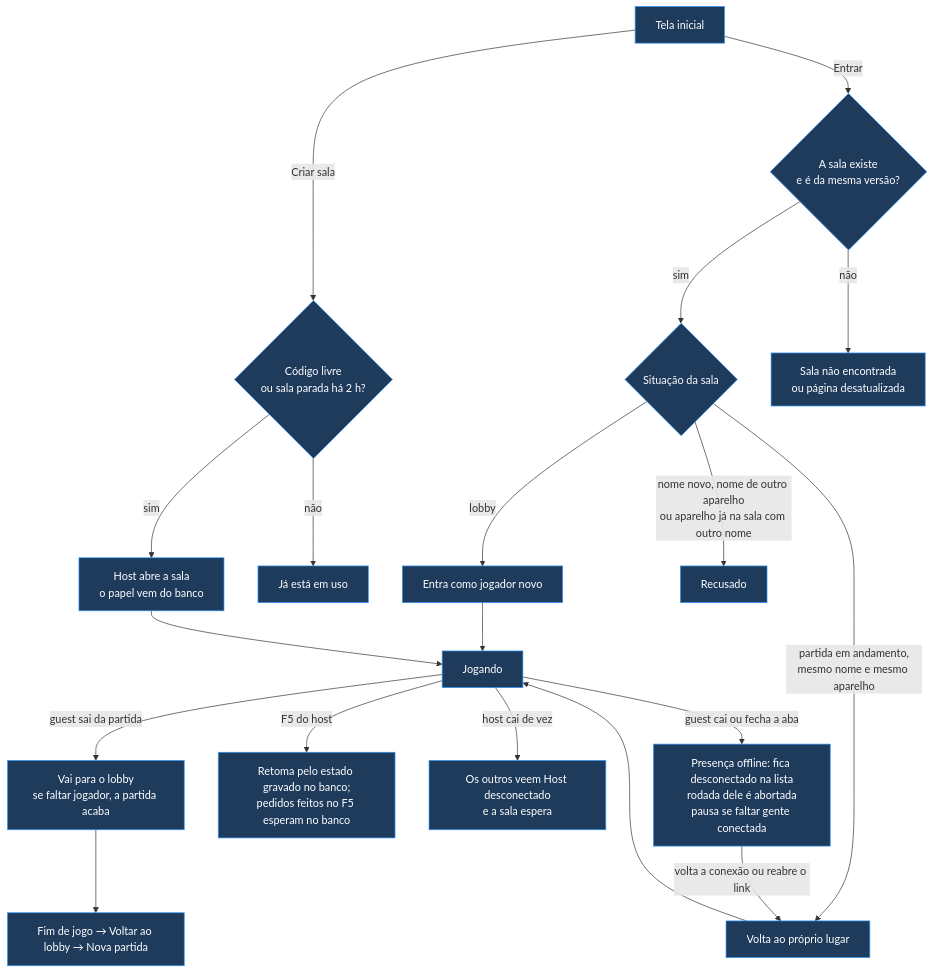
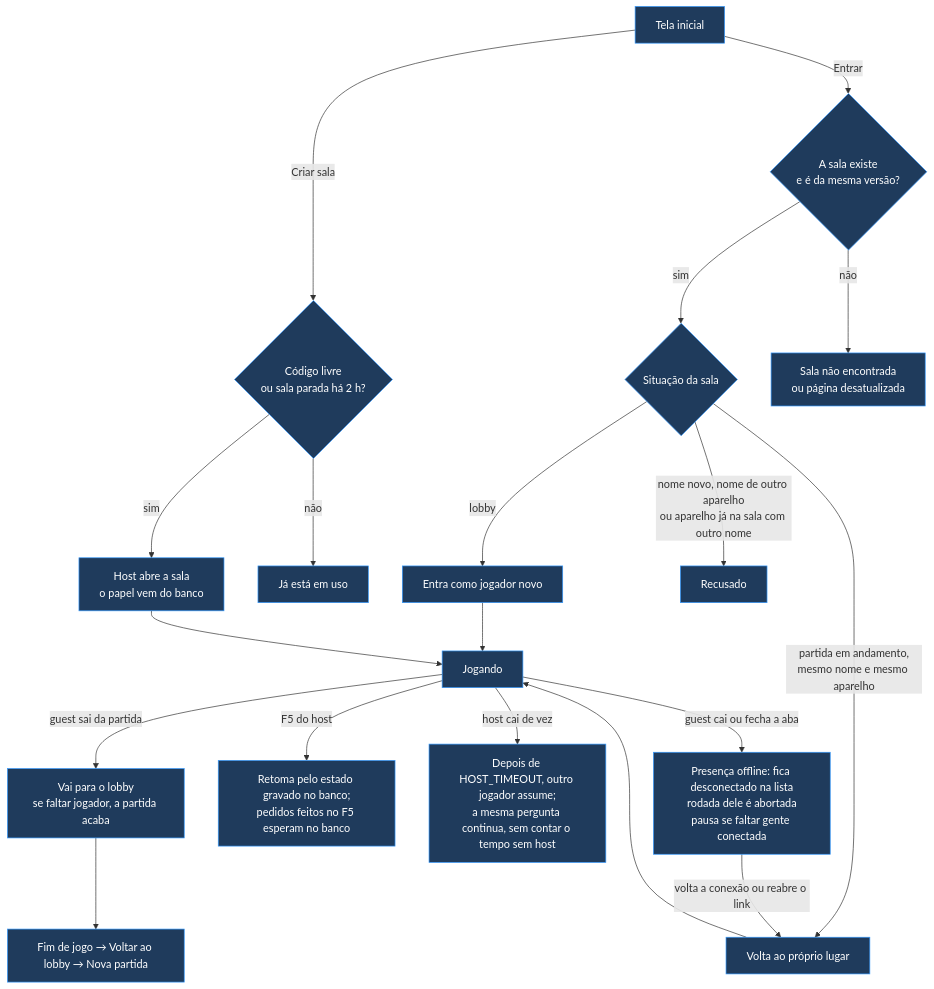
Before and after one commit to vinicius-losekann/pm-the-kpi-master: the diagram in _docs/connection-tests.md, drawn with Mermaid. The commit also changed other lines of this file and 7 other files, not shown here.

Commit message:
feat(rede): o jogo na troca de host — quem assume e o host antigo recarregam, o host novo continua a partida com os prazos prorrogados pela folga e os outros veem "Fulano agora é o host" (roadmap 2.9, etapa 3c)

````diff
--- a/_docs/connection-tests.md
+++ b/_docs/connection-tests.md
@@ -44,28 +39,28 @@
 ```mermaid
 flowchart TD
     A[Tela inicial] -->|Criar sala| B{Código livre<br/>ou sala parada há 2 h?}
     B -->|sim| C[Host abre a sala<br/>o papel vem do banco]
     B -->|não| B1[Já está em uso]
     A -->|Entrar| D{A sala existe<br/>e é da mesma versão?}
     D -->|sim| E{Situação da sala}
     D -->|não| D1[Sala não encontrada<br/>ou página desatualizada]
     E -->|lobby| F[Entra como jogador novo]
     E -->|partida em andamento,<br/>mesmo nome e mesmo aparelho| G[Volta ao próprio lugar]
     E -->|nome novo, nome de outro aparelho<br/>ou aparelho já na sala com outro nome| E1[Recusado]
 
     G --> H[Jogando]
     F --> H
     C --> H
 
     H -->|guest cai ou fecha a aba| I[Presença offline: fica desconectado na lista<br/>rodada dele é abortada<br/>pausa se faltar gente conectada]
     I -->|volta a conexão ou reabre o link| G
 
     H -->|F5 do host| K[Retoma pelo estado gravado no banco;<br/>pedidos feitos no F5 esperam no banco]
-    H -->|host cai de vez| J[Os outros veem Host desconectado<br/>e a sala espera]
+    H -->|host cai de vez| J[Depois de HOST_TIMEOUT, outro jogador assume;<br/>a mesma pergunta continua, sem contar o tempo sem host]
 
     H -->|guest sai da partida| O[Vai para o lobby<br/>se faltar jogador, a partida acaba]
     O --> P[Fim de jogo → Voltar ao lobby → Nova partida]
 
     classDef auto fill:#1f3b5c,color:#fff,stroke:#39f
     class A,B,B1,C,D,D1,E,E1,F,G,H,I,J,K,O,P auto
 ```
````
